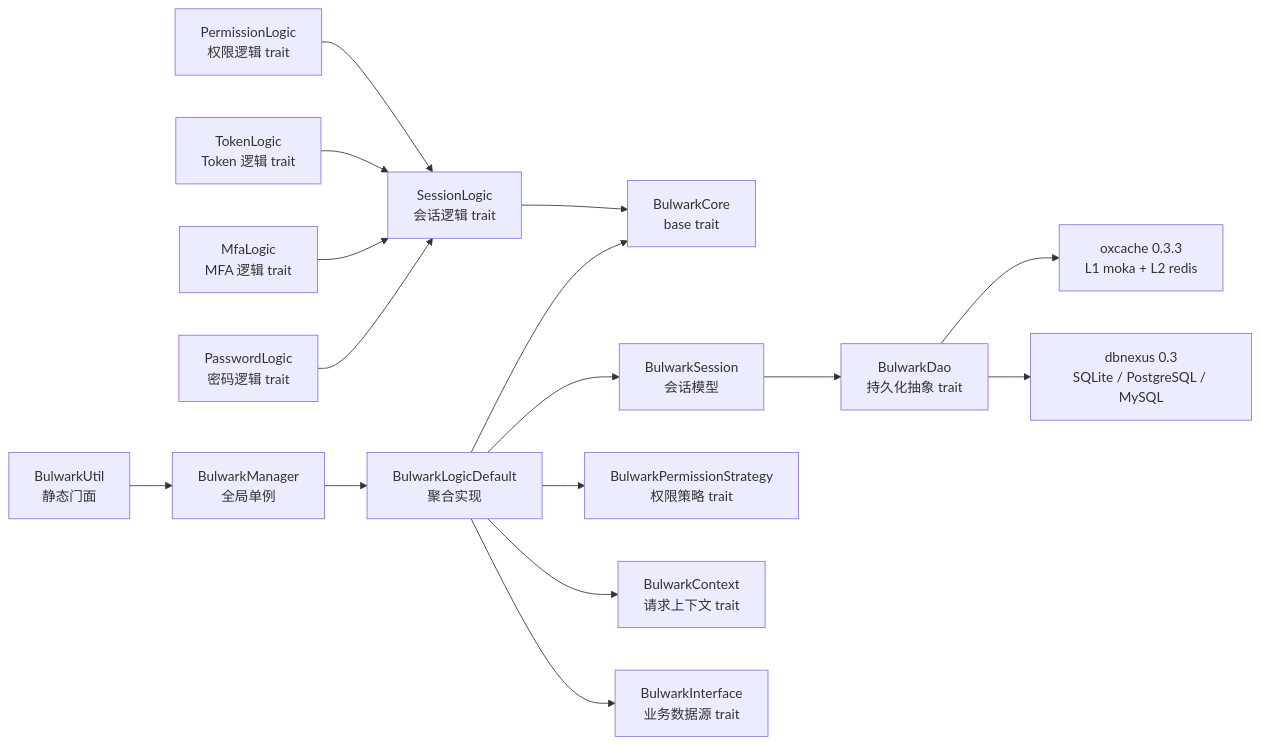
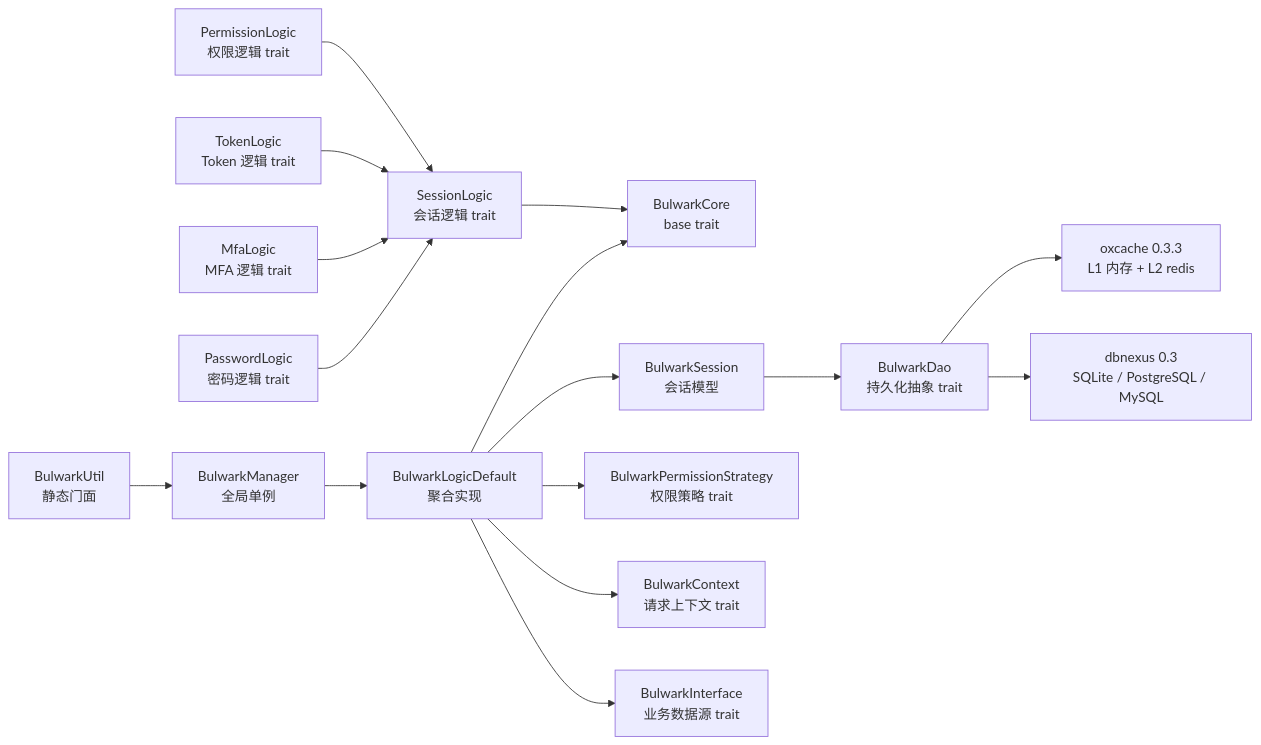
The second of 3 diagrams in docs/ARCHITECTURE.md (Kirky-X/garrison), drawn with Mermaid before and after one commit. The commit also changed other lines of this file and 136 other files, not shown here.

````diff
--- a/docs/ARCHITECTURE.md
+++ b/docs/ARCHITECTURE.md
@@ -163,32 +163,32 @@
 ```mermaid
 graph LR
     BC[BulwarkCore<br/>base trait]
     SL[SessionLogic<br/>会话逻辑 trait]
     PL[PermissionLogic<br/>权限逻辑 trait]
     TL[TokenLogic<br/>Token 逻辑 trait]
     ML[MfaLogic<br/>MFA 逻辑 trait]
     PWL[PasswordLogic<br/>密码逻辑 trait]
     BI[BulwarkInterface<br/>业务数据源 trait]
     BD[BulwarkDao<br/>持久化抽象 trait]
     BS[BulwarkSession<br/>会话模型]
     BCtx[BulwarkContext<br/>请求上下文 trait]
     BFS[BulwarkPermissionStrategy<br/>权限策略 trait]
     BM[BulwarkManager<br/>全局单例]
     BU[BulwarkUtil<br/>静态门面]
 
     BU --> BM
     BM --> BLD[BulwarkLogicDefault<br/>聚合实现]
     BLD --> BC
     SL --> BC
     PL --> SL
     TL --> SL
     ML --> SL
     PWL --> SL
     BLD --> BS
     BLD --> BFS
     BLD --> BCtx
     BS --> BD
     BLD --> BI
-    BD --> oxcache[oxcache 0.3.3<br/>L1 moka + L2 redis]
+    BD --> oxcache[oxcache 0.3.3<br/>L1 内存 + L2 redis]
     BD --> dbnexus[dbnexus 0.3<br/>SQLite / PostgreSQL / MySQL]
 ```
````
